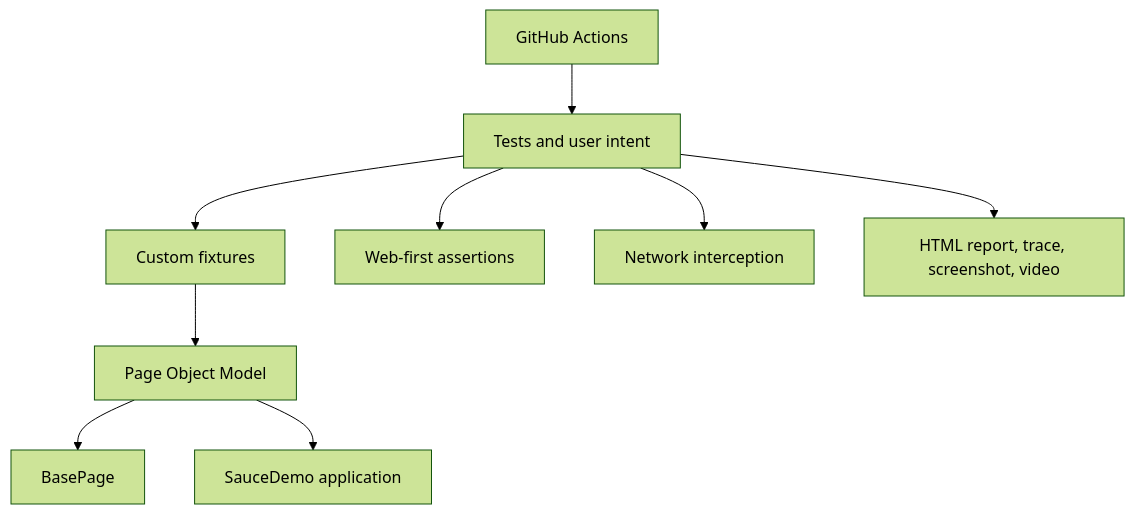
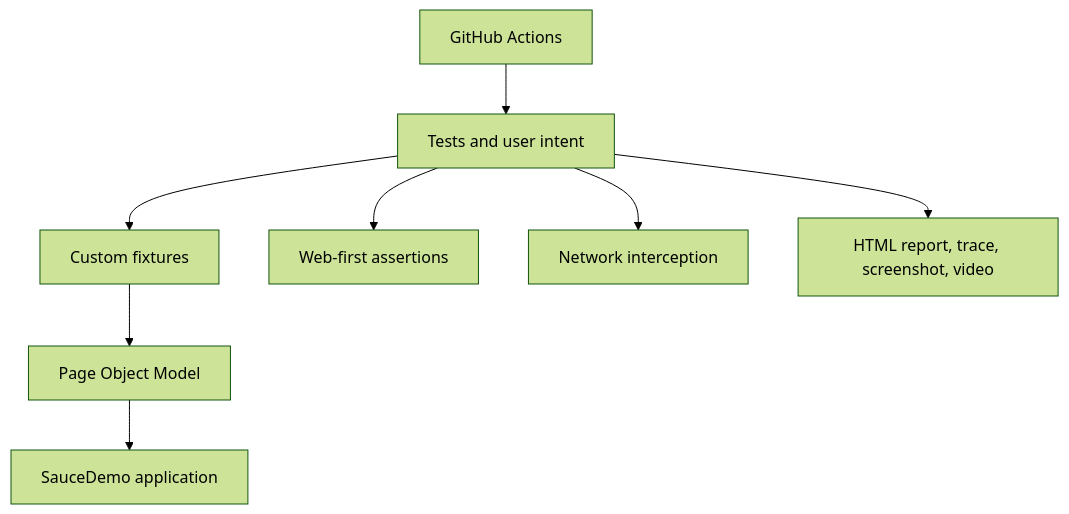
The diagram in docs/architecture/README.md (leoforsell/saucedemo-playwright-framework), drawn with Mermaid (forest theme) before and after one commit. The commit also changed other lines of this file and 31 other files, not shown here.

````diff
--- a/docs/architecture/README.md
+++ b/docs/architecture/README.md
@@ -5,11 +7,10 @@
 ```mermaid
 flowchart TD
     Tests[Tests and user intent] --> Fixtures[Custom fixtures]
     Fixtures --> Pages[Page Object Model]
-    Pages --> Base[BasePage]
     Pages --> SauceDemo[SauceDemo application]
     Tests --> Assertions[Web-first assertions]
     Tests --> Network[Network interception]
     CI[GitHub Actions] --> Tests
     Tests --> Reports[HTML report, trace, screenshot, video]
 ```
````
